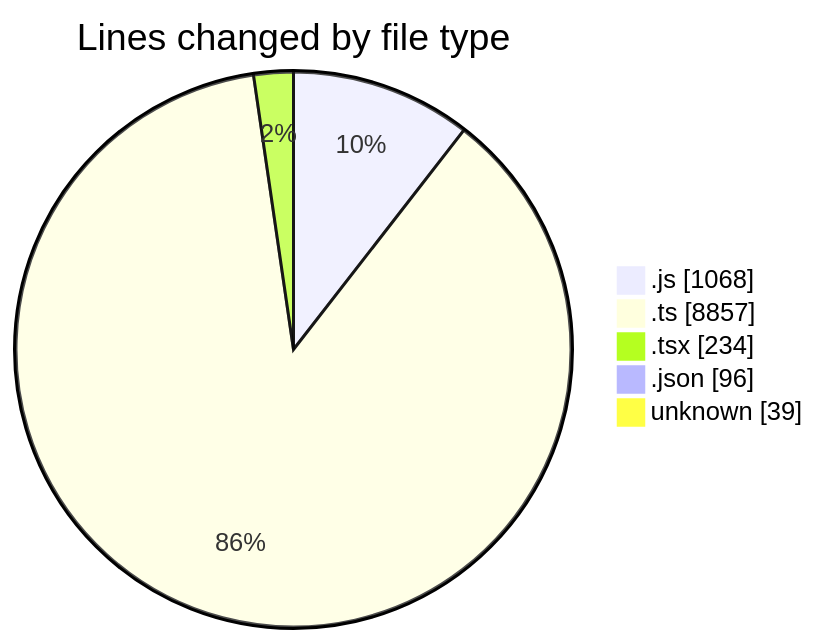
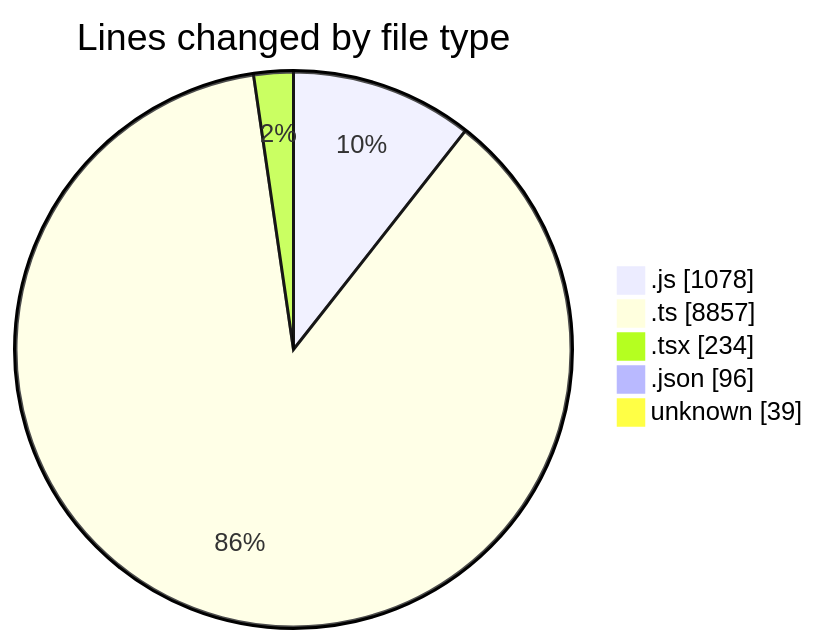
One commit to momahboobian/code-tracking changed the first of 2 diagrams in 2025-05-14/cda/README.md. Above: the diagram before and after it, drawn with Mermaid. The commit also changed other lines of this file and 1 other file, not shown here.

````diff
--- a/2025-05-14/cda/README.md
+++ b/2025-05-14/cda/README.md
@@ -30,9 +30,9 @@
 ```mermaid
 pie showData
 title Lines changed by file type
-".js" : 1068
+".js" : 1078
 ".ts" : 8857
 ".tsx" : 234
 ".json" : 96
 "unknown" : 39
 ```
````
